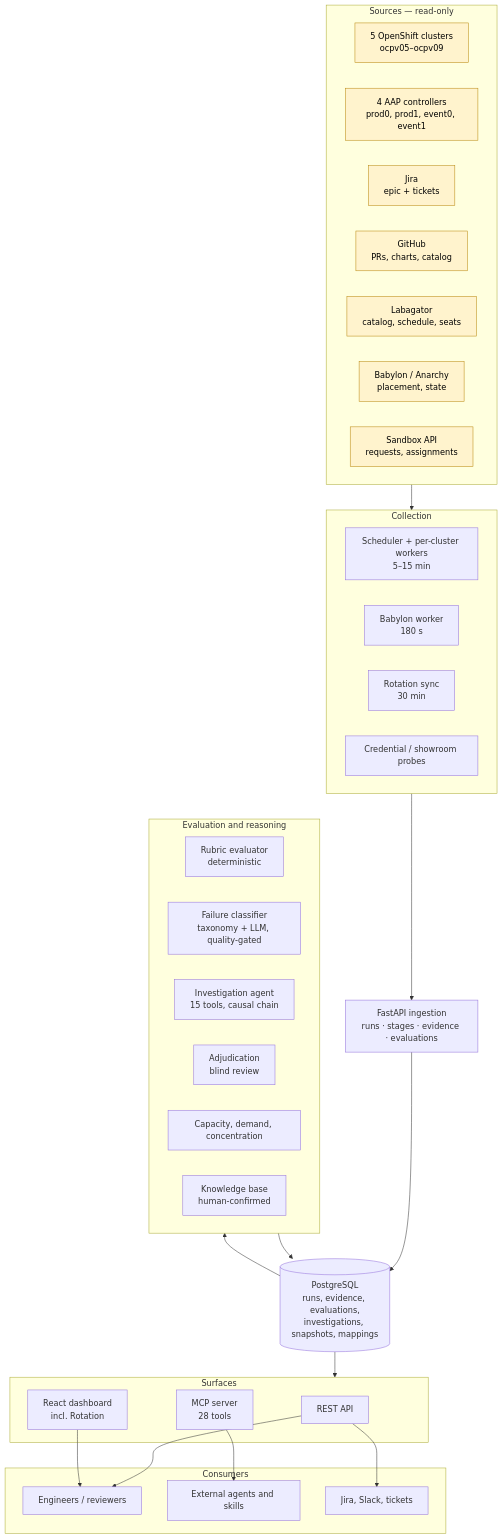
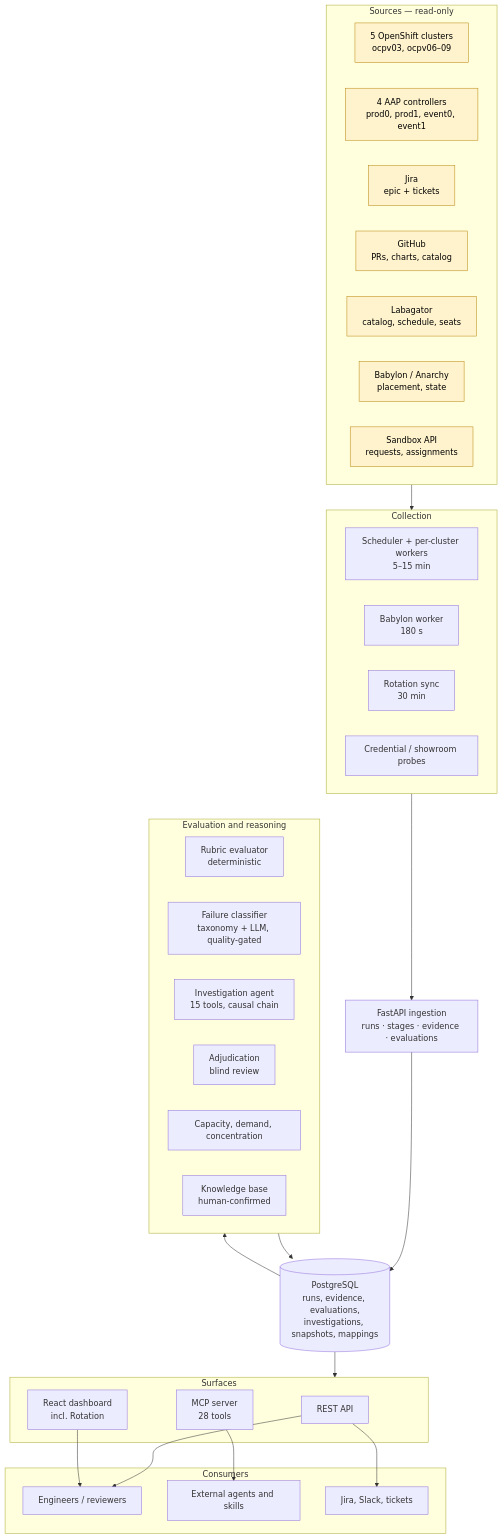
The first of 4 diagrams in docs/diagrams.md (rhpds/stargate), drawn with Mermaid before and after one commit. The commit also changed other lines of this file and 12 other files, not shown here.

````diff
--- a/docs/diagrams.md
+++ b/docs/diagrams.md
@@ -11,55 +11,55 @@
 ```mermaid
 flowchart TB
   subgraph Sources["Sources — read-only"]
-    C["5 OpenShift clusters<br/>ocpv05–ocpv09"]
+    C["5 OpenShift clusters<br/>ocpv03, ocpv06–09"]
     A["4 AAP controllers<br/>prod0, prod1, event0, event1"]
     J["Jira<br/>epic + tickets"]
     G["GitHub<br/>PRs, charts, catalog"]
     L["Labagator<br/>catalog, schedule, seats"]
     B["Babylon / Anarchy<br/>placement, state"]
     S["Sandbox API<br/>requests, assignments"]
   end
 
   subgraph Collect["Collection"]
     SCH["Scheduler + per-cluster workers<br/>5–15 min"]
     BAB["Babylon worker<br/>180 s"]
     ROT["Rotation sync<br/>30 min"]
     CRED["Credential / showroom probes"]
   end
 
   API["FastAPI ingestion<br/>runs · stages · evidence · evaluations"]
   DB[("PostgreSQL<br/>runs, evidence, evaluations,<br/>investigations, snapshots, mappings")]
 
   subgraph Engine["Evaluation and reasoning"]
     RUB["Rubric evaluator<br/>deterministic"]
     CLS["Failure classifier<br/>taxonomy + LLM, quality-gated"]
     INV["Investigation agent<br/>15 tools, causal chain"]
     ADJ["Adjudication<br/>blind review"]
     CAP["Capacity, demand, concentration"]
     KB["Knowledge base<br/>human-confirmed"]
   end
 
   subgraph Surfaces["Surfaces"]
     REST["REST API"]
     MCP["MCP server<br/>28 tools"]
     UI["React dashboard<br/>incl. Rotation"]
   end
 
   subgraph Consumers["Consumers"]
     ENG["Engineers / reviewers"]
     AG["External agents and skills"]
     EXT["Jira, Slack, tickets"]
   end
 
   Sources --> Collect --> API --> DB
   DB --> Engine
   Engine --> DB
   DB --> Surfaces
   MCP --> AG
   REST --> ENG
   UI --> ENG
   REST --> EXT
 
   classDef boundary fill:#fff3cd,stroke:#b8860b,color:#000
   class C,A,J,G,L,B,S boundary
 ```
````
